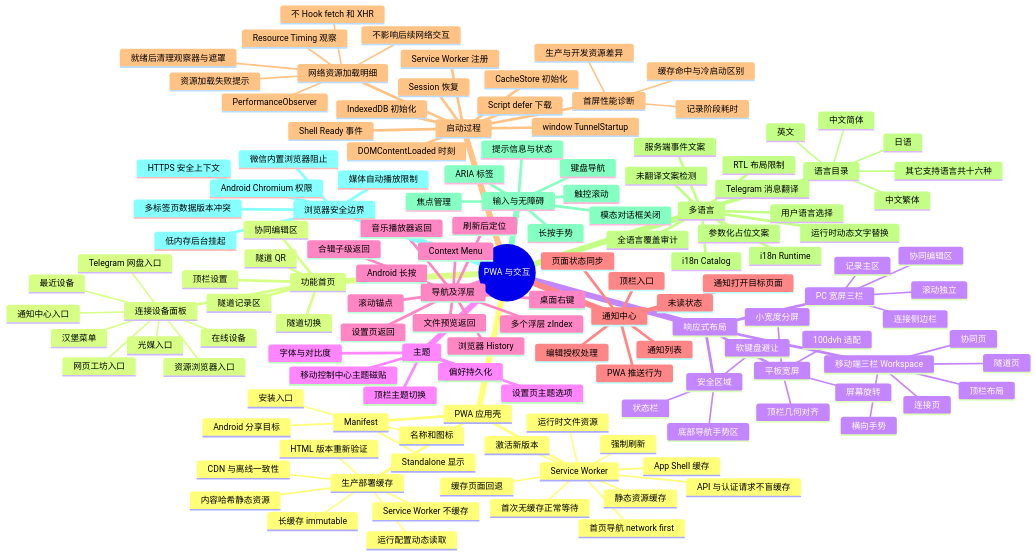
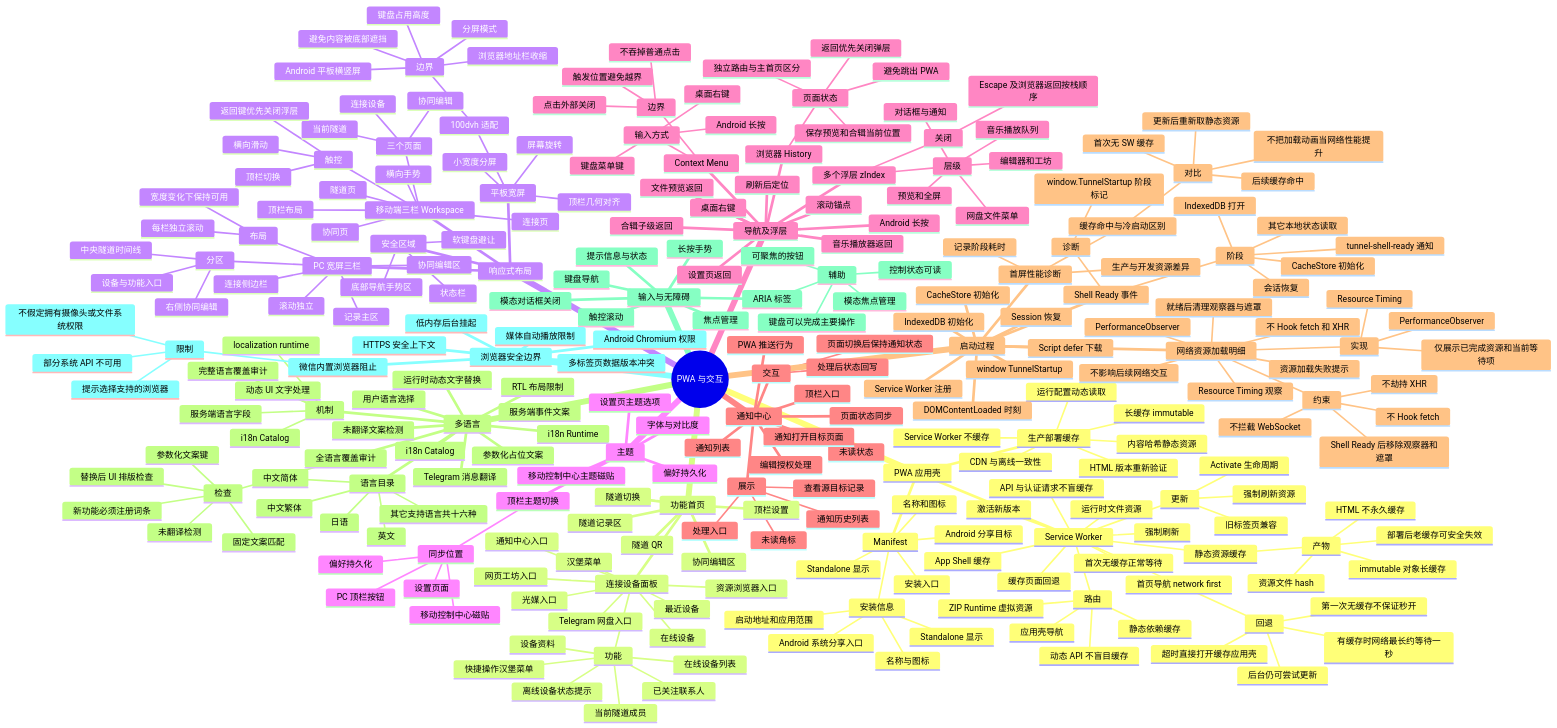
The diagram in docs/overview/feature-mindmaps/09-pwa-ui-localization.md (Ltre/file-tunnel), drawn with Mermaid before and after one commit. The commit also changed 2 other files, not shown here.

Commit message:
docs: deepen PWA, Light Transfer, VClient and administration mindmaps 09-11

```diff
--- a/docs/overview/feature-mindmaps/09-pwa-ui-localization.md
+++ b/docs/overview/feature-mindmaps/09-pwa-ui-localization.md
@@ -12,16 +12,40 @@
   root((PWA 与交互))
     PWA 应用壳
       Manifest
+        安装信息
+          名称与图标
+          Standalone 显示
+          启动地址和应用范围
+          Android 系统分享入口
         名称和图标
         安装入口
         Standalone 显示
         Android 分享目标
       Service Worker
+        路由
+          应用壳导航
+          静态依赖缓存
+          ZIP Runtime 虚拟资源
+          动态 API 不盲目缓存
+        更新
+          Activate 生命周期
+          旧标签页兼容
+          强制刷新资源
         App Shell 缓存
         首页导航 network first
+          回退
+            有缓存时网络最长约等待一秒
+            超时直接打开缓存应用壳
+            后台仍可尝试更新
+            第一次无缓存不保证秒开
         缓存页面回退
         首次无缓存正常等待
         静态资源缓存
+          产物
+            资源文件 hash
+            immutable 对象长缓存
+            HTML 不永久缓存
+            部署后老缓存可安全失效
         API 与认证请求不盲缓存
         运行时文件资源
         激活新版本
@@ -35,6 +59,13 @@
         CDN 与离线一致性
     功能首页
       连接设备面板
+        功能
+          在线设备列表
+          当前隧道成员
+          设备资料
+          已关注联系人
+          快捷操作汉堡菜单
+          离线设备状态提示
         在线设备
         最近设备
         汉堡菜单
@@ -50,11 +81,26 @@
       隧道 QR
     响应式布局
       PC 宽屏三栏
+        分区
+          设备与功能入口
+          中央隧道时间线
+          右侧协同编辑
+        布局
+          每栏独立滚动
+          宽度变化下保持可用
         连接侧边栏
         记录主区
         协同编辑区
         滚动独立
       移动端三栏 Workspace
+        三个页面
+          连接设备
+          当前隧道
+          协同编辑
+        触控
+          横向滑动
+          顶栏切换
+          返回键优先关闭浮层
         连接页
         隧道页
         协同页
@@ -62,6 +108,12 @@
         顶栏布局
       平板宽屏
         100dvh 适配
+          边界
+            浏览器地址栏收缩
+            Android 平板横竖屏
+            分屏模式
+            键盘占用高度
+            避免内容被底部遮挡
         顶栏几何对齐
         屏幕旋转
         小宽度分屏
@@ -71,23 +123,57 @@
         软键盘避让
     主题
       顶栏主题切换
+        同步位置
+          PC 顶栏按钮
+          移动控制中心磁贴
+          设置页面
+          偏好持久化
       移动控制中心主题磁贴
       设置页主题选项
       偏好持久化
       字体与对比度
     导航及浮层
       浏览器 History
+        页面状态
+          返回优先关闭弹层
+          保存预览和合辑当前位置
+          避免跳出 PWA
+          独立路由与主首页区分
       文件预览返回
       合辑子级返回
       音乐播放器返回
       设置页返回
       多个浮层 zIndex
+        层级
+          预览和全屏
+          网盘文件菜单
+          编辑器和工坊
+          音乐播放队列
+          对话框与通知
+        关闭
+          Escape 及浏览器返回按栈顺序
       Context Menu
+        输入方式
+          桌面右键
+          Android 长按
+          键盘菜单键
+        边界
+          触发位置避免越界
+          点击外部关闭
+          不吞掉普通点击
       桌面右键
       Android 长按
       滚动锚点
       刷新后定位
     通知中心
+      展示
+        未读角标
+        通知历史列表
+        处理入口
+        查看源目标记录
+      交互
+        处理后状态回写
+        页面切换后保持通知状态
       通知列表
       未读状态
       顶栏入口
@@ -103,8 +189,25 @@
       CacheStore 初始化
       Session 恢复
       Shell Ready 事件
+        阶段
+          IndexedDB 打开
+          CacheStore 初始化
+          会话恢复
+          其它本地状态读取
+          tunnel-shell-ready 通知
+        诊断
+          window.TunnelStartup 阶段标记
       Service Worker 注册
       网络资源加载明细
+        实现
+          Resource Timing
+          PerformanceObserver
+          仅展示已完成资源和当前等待项
+        约束
+          不 Hook fetch
+          不劫持 XHR
+          不拦截 WebSocket
+          Shell Ready 后移除观察器和遮罩
         Resource Timing 观察
         PerformanceObserver
         不 Hook fetch 和 XHR
@@ -115,7 +218,18 @@
         记录阶段耗时
         生产与开发资源差异
         缓存命中与冷启动区别
+          对比
+            首次无 SW 缓存
+            后续缓存命中
+            更新后重新取静态资源
+            不把加载动画当网络性能提升
     多语言
+      机制
+        i18n Catalog
+        localization runtime
+        服务端语言字段
+        动态 UI 文字处理
+        完整语言覆盖审计
       语言目录
         中文简体
         中文繁体
@@ -130,6 +244,12 @@
       Telegram 消息翻译
       参数化占位文案
       全语言覆盖审计
+        检查
+          固定文案匹配
+          参数化文案键
+          未翻译检测
+          替换后 UI 排版检查
+          新功能必须注册词条
       未翻译文案检测
       RTL 布局限制
     输入与无障碍
@@ -139,11 +259,20 @@
       长按手势
       模态对话框关闭
       ARIA 标签
+        辅助
+          可聚焦的按钮
+          模态焦点管理
+          控制状态可读
+          键盘可以完成主要操作
       提示信息与状态
     浏览器安全边界
       HTTPS 安全上下文
       Android Chromium 权限
       微信内置浏览器阻止
+        限制
+          部分系统 API 不可用
+          提示选择支持的浏览器
+          不假定拥有摄像头或文件系统权限
       媒体自动播放限制
       低内存后台挂起
       多标签页数据版本冲突
```
